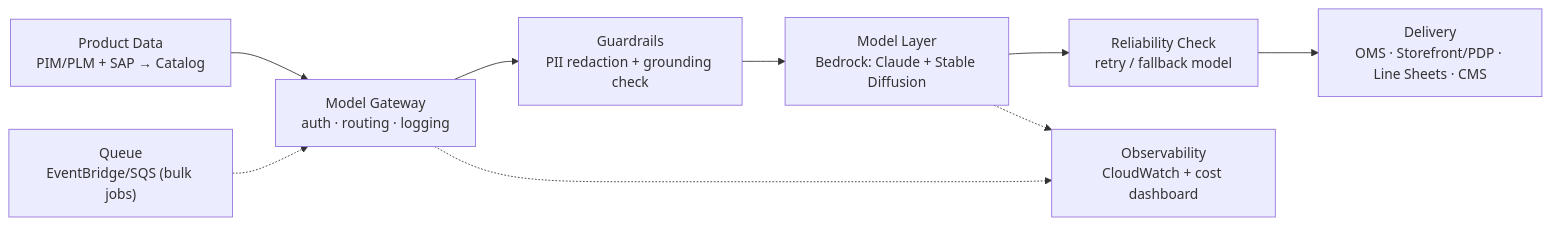
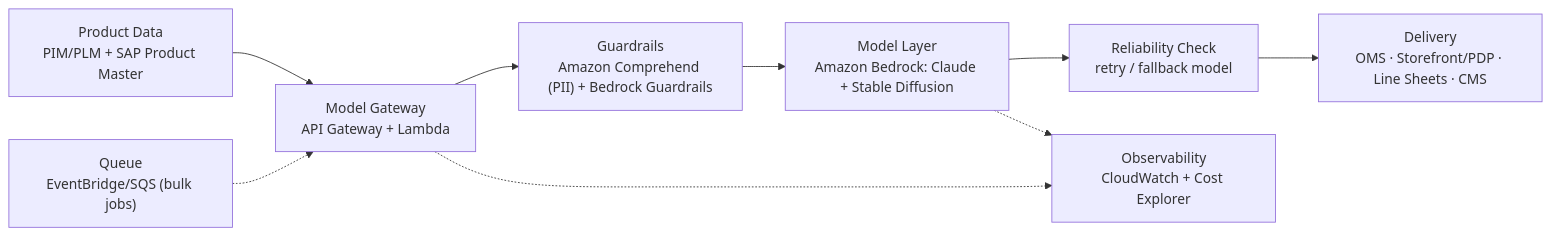
The diagram in architecture/ARCHITECTURE.md (JLateef/skech-ai-copy-generator), drawn with Mermaid before and after one commit. The commit also changed other lines of this file and 1 other file, not shown here.

First line of the commit message:
Name concrete AWS services in the architecture diagram

````diff
--- a/architecture/ARCHITECTURE.md
+++ b/architecture/ARCHITECTURE.md
@@ -10,20 +10,20 @@
 ```mermaid
 flowchart LR
-  PD["Product Data<br/>PIM/PLM + SAP → Catalog"]
-  GW["Model Gateway<br/>auth · routing · logging"]
-  GRD["Guardrails<br/>PII redaction + grounding check"]
-  MODEL["Model Layer<br/>Bedrock: Claude + Stable Diffusion"]
+  PD["Product Data<br/>PIM/PLM + SAP Product Master"]
+  GW["Model Gateway<br/>API Gateway + Lambda"]
+  GRD["Guardrails<br/>Amazon Comprehend (PII) + Bedrock Guardrails"]
+  MODEL["Model Layer<br/>Amazon Bedrock: Claude + Stable Diffusion"]
   REL["Reliability Check<br/>retry / fallback model"]
   OUT["Delivery<br/>OMS · Storefront/PDP · Line Sheets · CMS"]
-  OBS["Observability<br/>CloudWatch + cost dashboard"]
+  OBS["Observability<br/>CloudWatch + Cost Explorer"]
   Q["Queue<br/>EventBridge/SQS (bulk jobs)"]
 
   PD --> GW
   GW --> GRD
   GRD --> MODEL
   MODEL --> REL
   REL --> OUT
   GW -.-> OBS
   MODEL -.-> OBS
   Q -.-> GW
 ```
````
